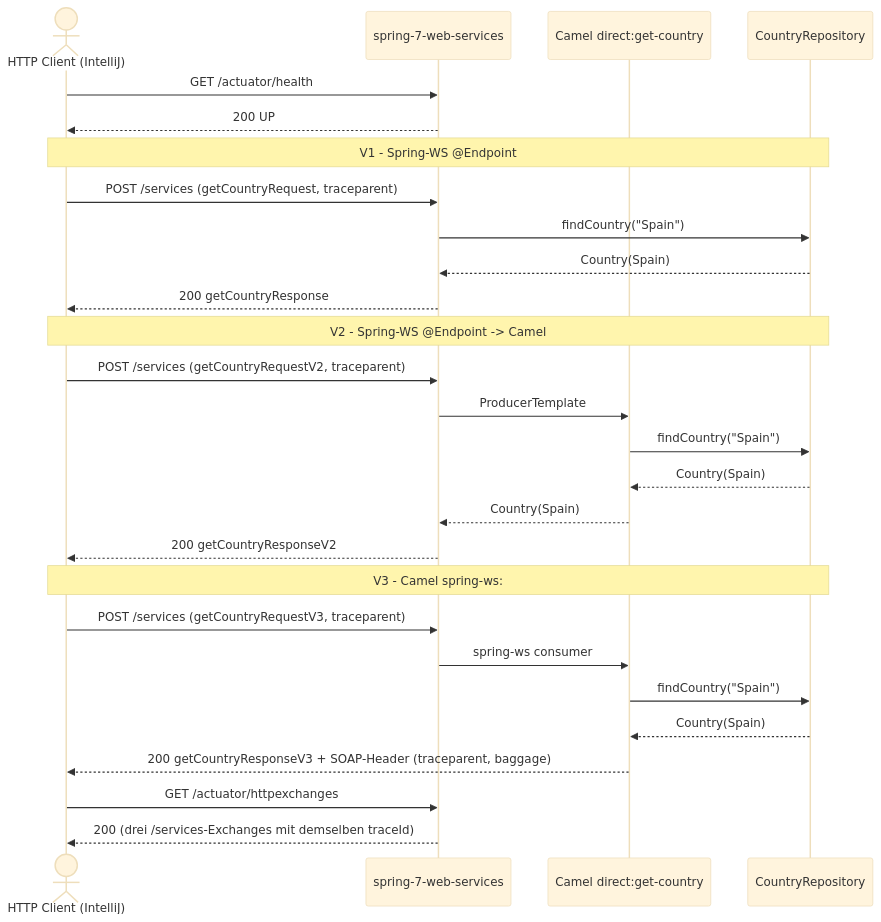
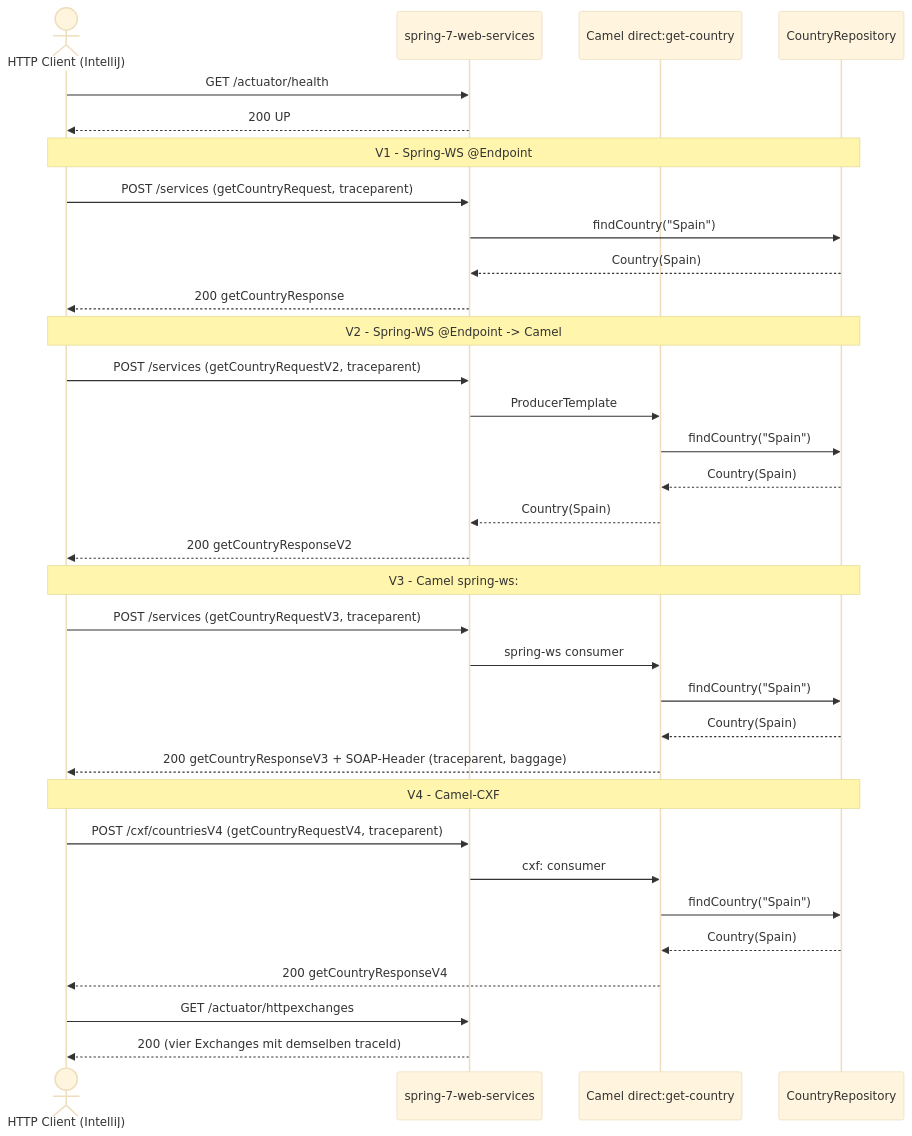
The diagram in httpRequests/soapRequest/country-versions-flow/country-versions-flow.md (dboeckli/spring-7-web-services), drawn with Mermaid (base theme) before and after one commit. The commit also changed other lines of this file and 24 other files, not shown here.

First line of the commit message:
Feature/151 camel cxf v4 (#153)

````diff
--- a/httpRequests/soapRequest/country-versions-flow/country-versions-flow.md
+++ b/httpRequests/soapRequest/country-versions-flow/country-versions-flow.md
@@ -21,34 +23,41 @@
 ```mermaid
 sequenceDiagram
     actor C as HTTP Client (IntelliJ)
     participant APP as spring-7-web-services
     participant CAMEL as Camel direct:get-country
     participant REPO as CountryRepository
 
     C->>APP: GET /actuator/health
     APP-->>C: 200 UP
 
     Note over C,REPO: V1 - Spring-WS @Endpoint
     C->>APP: POST /services (getCountryRequest, traceparent)
     APP->>REPO: findCountry("Spain")
     REPO-->>APP: Country(Spain)
     APP-->>C: 200 getCountryResponse
 
     Note over C,REPO: V2 - Spring-WS @Endpoint -> Camel
     C->>APP: POST /services (getCountryRequestV2, traceparent)
     APP->>CAMEL: ProducerTemplate
     CAMEL->>REPO: findCountry("Spain")
     REPO-->>CAMEL: Country(Spain)
     CAMEL-->>APP: Country(Spain)
     APP-->>C: 200 getCountryResponseV2
 
     Note over C,REPO: V3 - Camel spring-ws:
     C->>APP: POST /services (getCountryRequestV3, traceparent)
     APP->>CAMEL: spring-ws consumer
     CAMEL->>REPO: findCountry("Spain")
     REPO-->>CAMEL: Country(Spain)
     CAMEL-->>C: 200 getCountryResponseV3 + SOAP-Header (traceparent, baggage)
 
+    Note over C,REPO: V4 - Camel-CXF
+    C->>APP: POST /cxf/countriesV4 (getCountryRequestV4, traceparent)
+    APP->>CAMEL: cxf: consumer
+    CAMEL->>REPO: findCountry("Spain")
+    REPO-->>CAMEL: Country(Spain)
+    CAMEL-->>C: 200 getCountryResponseV4
+
     C->>APP: GET /actuator/httpexchanges
-    APP-->>C: 200 (drei /services-Exchanges mit demselben traceId)
+    APP-->>C: 200 (vier Exchanges mit demselben traceId)
 ```
````
